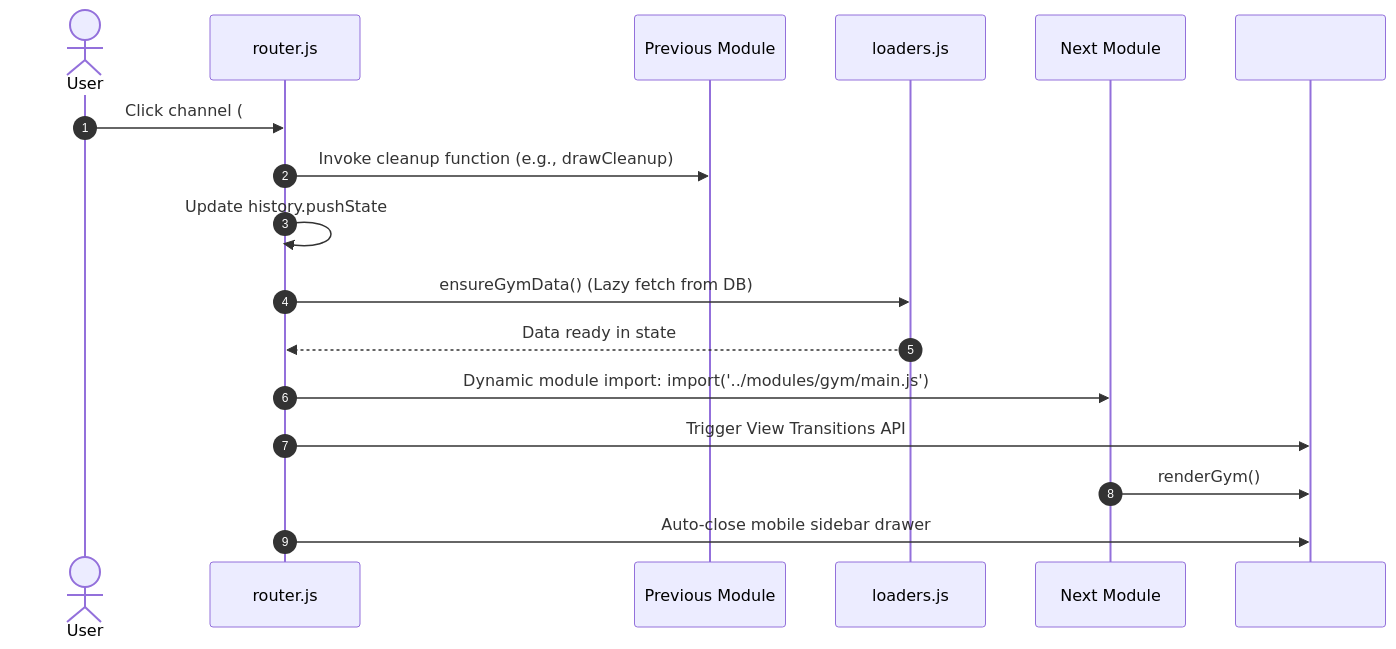
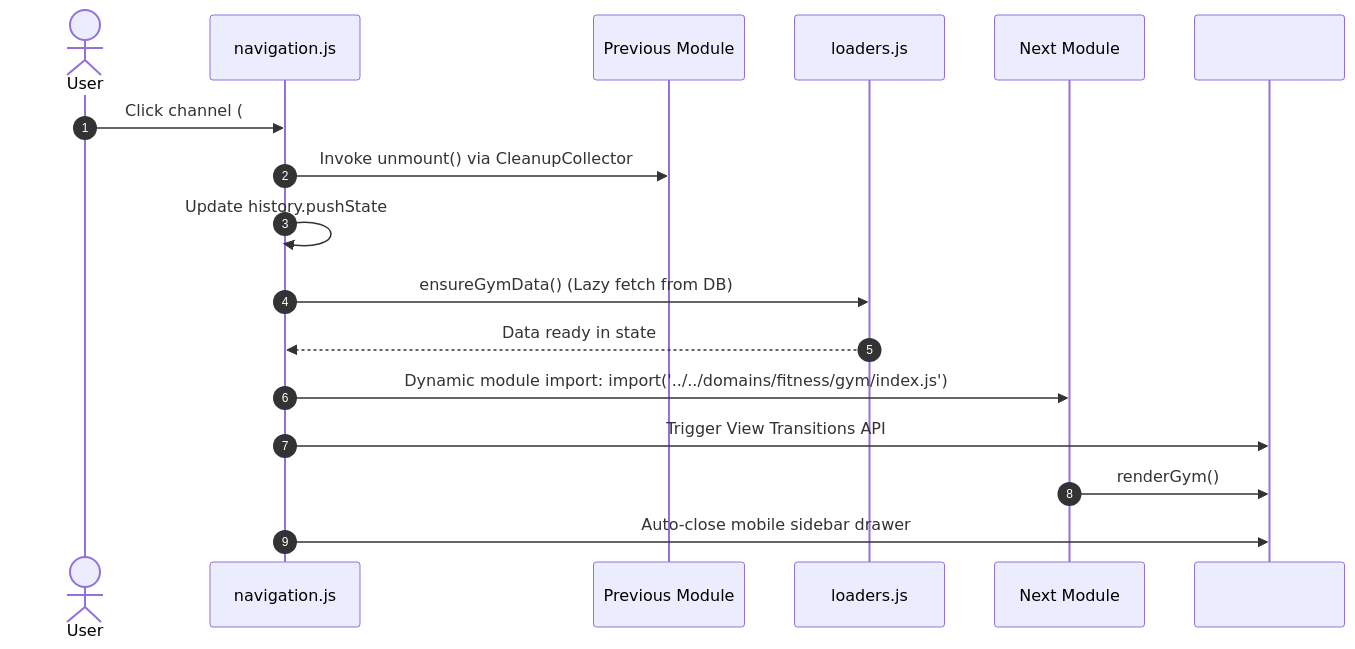
One commit to josefmvalek/kiscord changed the second of 2 diagrams in docs/architecture.md. Above: the diagram before and after it, drawn with Mermaid. The commit also changed other lines of this file and 51 other files, not shown here.

````diff
--- a/docs/architecture.md
+++ b/docs/architecture.md
@@ -68,20 +70,20 @@
 ```mermaid
 sequenceDiagram
     autonumber
     actor User
-    participant Router as router.js
+    participant Router as navigation.js
     participant PrevModule as Previous Module
     participant Loader as loaders.js
     participant NextModule as Next Module
     participant DOM as #main-content
 
     User->>Router: Click channel (#posilovna)
-    Router->>PrevModule: Invoke cleanup function (e.g., drawCleanup)
+    Router->>PrevModule: Invoke unmount() via CleanupCollector
     Router->>Router: Update history.pushState
     Router->>Loader: ensureGymData() (Lazy fetch from DB)
     Loader-->>Router: Data ready in state
-    Router->>NextModule: Dynamic module import: import('../modules/gym/main.js')
+    Router->>NextModule: Dynamic module import: import('../../domains/fitness/gym/index.js')
     Router->>DOM: Trigger View Transitions API
     NextModule->>DOM: renderGym()
     Router->>DOM: Auto-close mobile sidebar drawer
 ```
````
